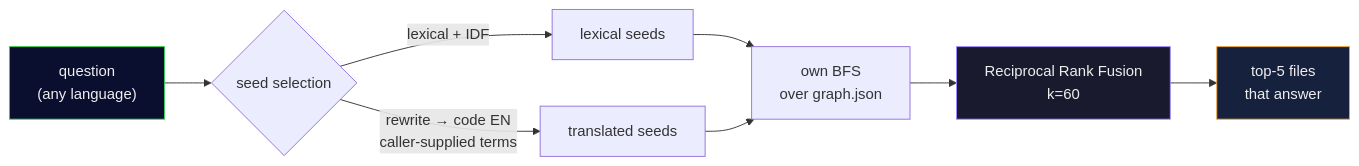
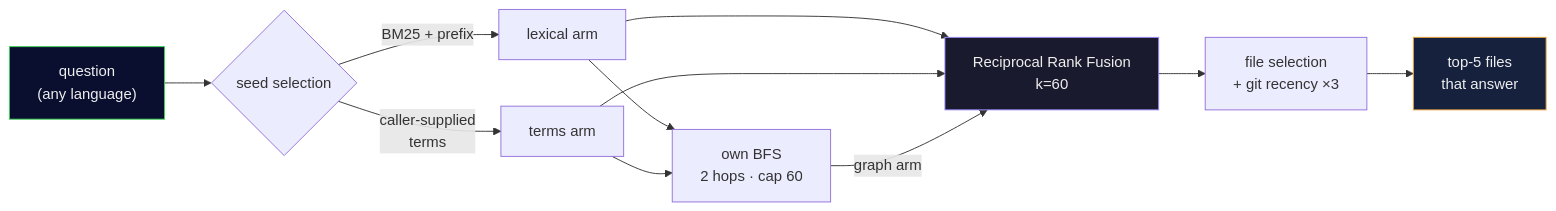
Before and after one commit to kamusmg/cerebro-engine: the diagram in README.en.md, drawn with Mermaid. The commit also changed other lines of this file and 3 other files, not shown here.

````diff
--- a/README.en.md
+++ b/README.en.md
@@ -318,13 +56,16 @@
 ```mermaid
 flowchart LR
     Q["question<br/>(any language)"] --> S{seed selection}
-    S -->|lexical + IDF| A[lexical seeds]
-    S -->|rewrite → code EN<br/>caller-supplied terms| B[translated seeds]
-    A --> BFS[own BFS<br/>over graph.json]
+    S -->|BM25 + prefix| A[lexical arm]
+    S -->|caller-supplied<br/>terms| B[terms arm]
+    A --> BFS["own BFS<br/>2 hops · cap 60"]
     B --> BFS
-    BFS --> RRF["Reciprocal Rank Fusion<br/>k=60"]
-    RRF --> C[top-5 files<br/>that answer]
+    A --> RRF
+    B --> RRF
+    BFS -->|graph arm| RRF["Reciprocal Rank Fusion<br/>k=60"]
+    RRF --> F["file selection<br/>+ git recency ×3"]
+    F --> C["top-5 files<br/>that answer"]
     style Q fill:#0a0f30,stroke:#39d353,color:#eee
     style C fill:#16213e,stroke:#f0a13a,color:#eee
     style RRF fill:#1a1a2e,stroke:#9d8cff,color:#eee
 ```
````
